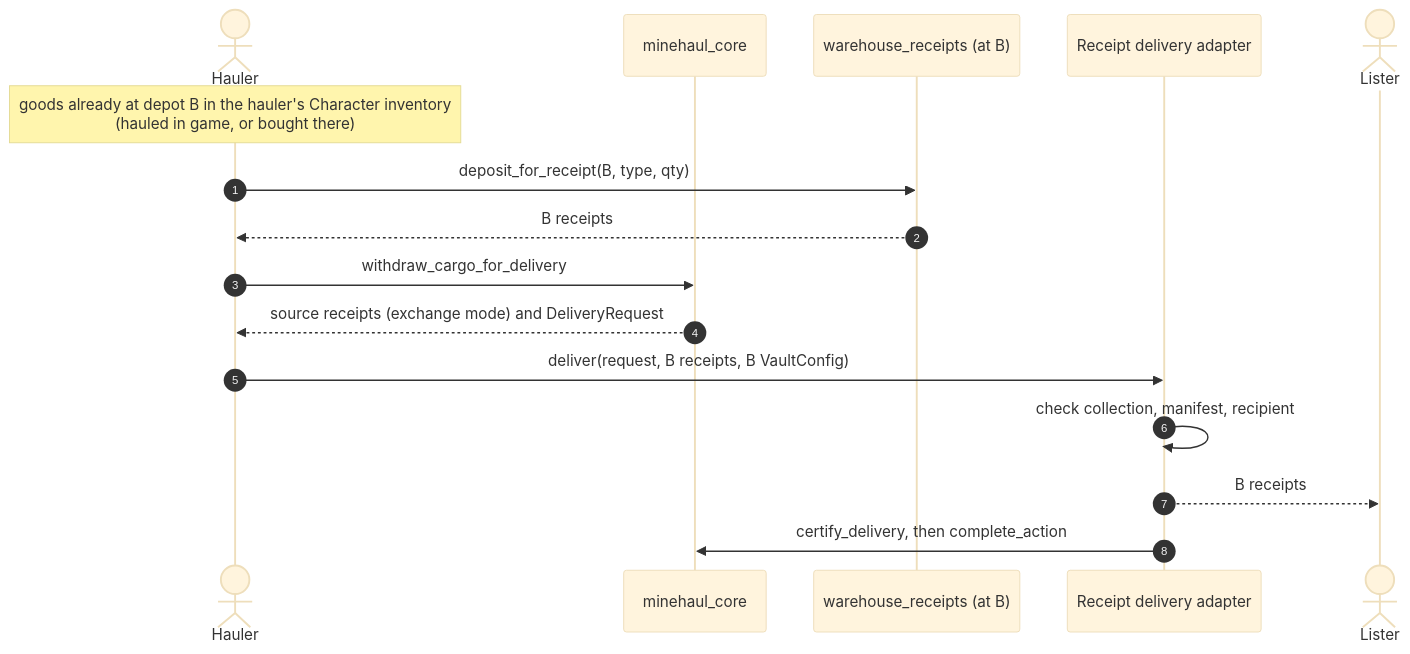
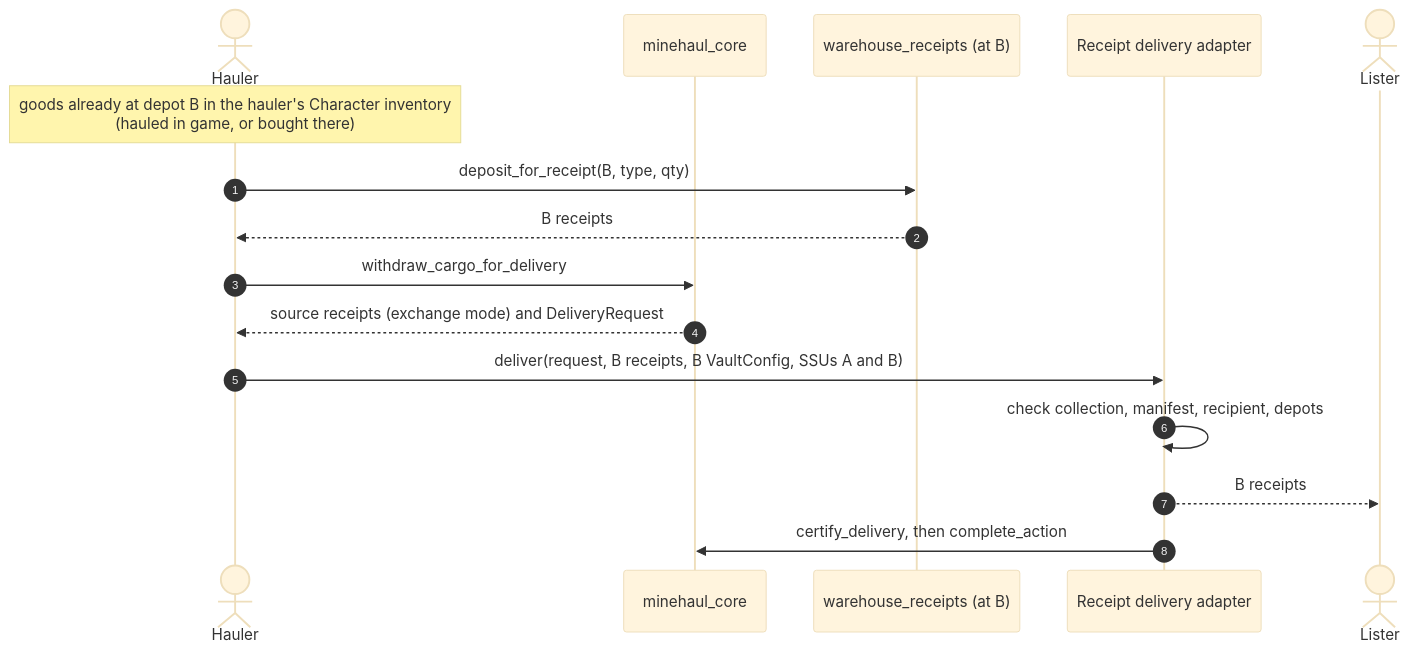
The diagram in docs/adr/0009-delivery-adapter-contract.md (Algorithmic-Warfare/Minehaul), drawn with Mermaid (base theme) before and after one commit. The commit also changed other lines of this file and 2 other files, not shown here.

First line of the commit message:
docs(adr): dedicate depots and handle depot loss in ADR 0009

````diff
--- a/docs/adr/0009-delivery-adapter-contract.md
+++ b/docs/adr/0009-delivery-adapter-contract.md
@@ -86,18 +115,18 @@
 ```mermaid
 sequenceDiagram
     autonumber
     actor H as Hauler
     participant CORE as minehaul_core
     participant WR as warehouse_receipts (at B)
     participant AD as Receipt delivery adapter
     actor L as Lister
     Note over H: goods already at depot B in the hauler's Character inventory<br>(hauled in game, or bought there)
     H->>WR: deposit_for_receipt(B, type, qty)
     WR-->>H: B receipts
     H->>CORE: withdraw_cargo_for_delivery
     CORE-->>H: source receipts (exchange mode) and DeliveryRequest
-    H->>AD: deliver(request, B receipts, B VaultConfig)
-    AD->>AD: check collection, manifest, recipient
+    H->>AD: deliver(request, B receipts, B VaultConfig, SSUs A and B)
+    AD->>AD: check collection, manifest, recipient, depots
     AD-->>L: B receipts
     AD->>CORE: certify_delivery, then complete_action
 ```
````
